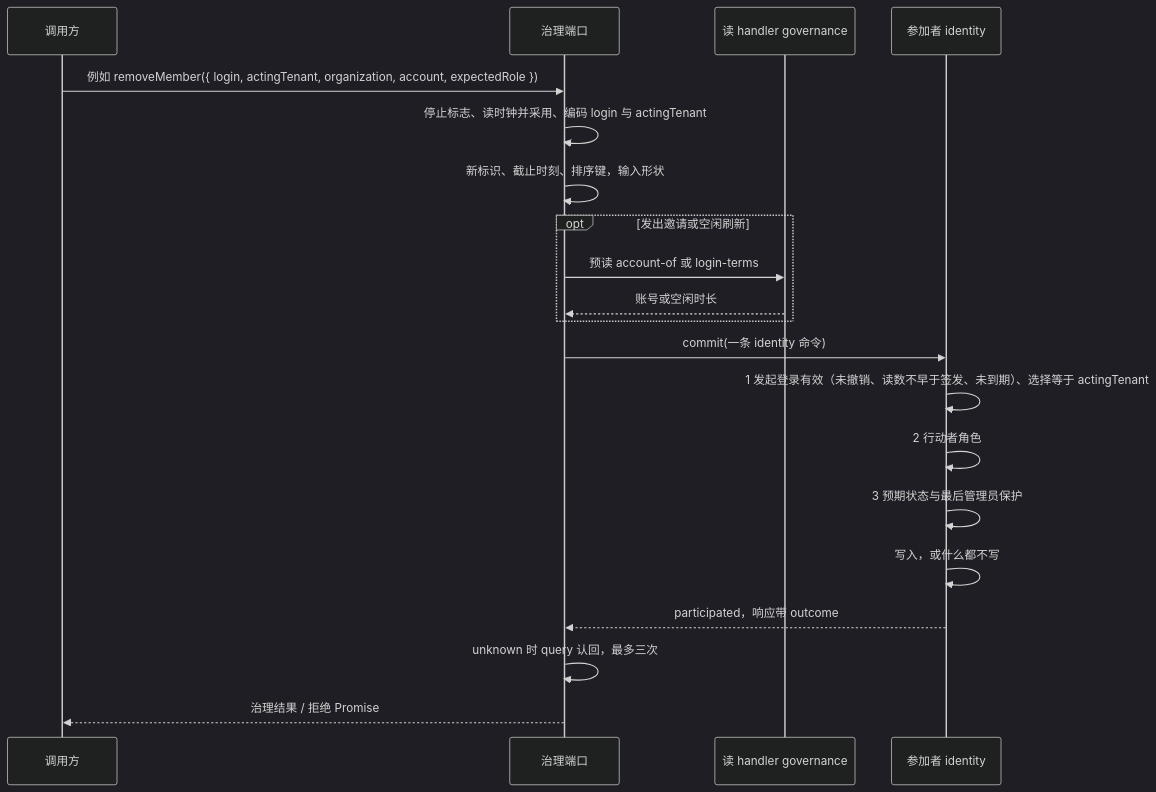
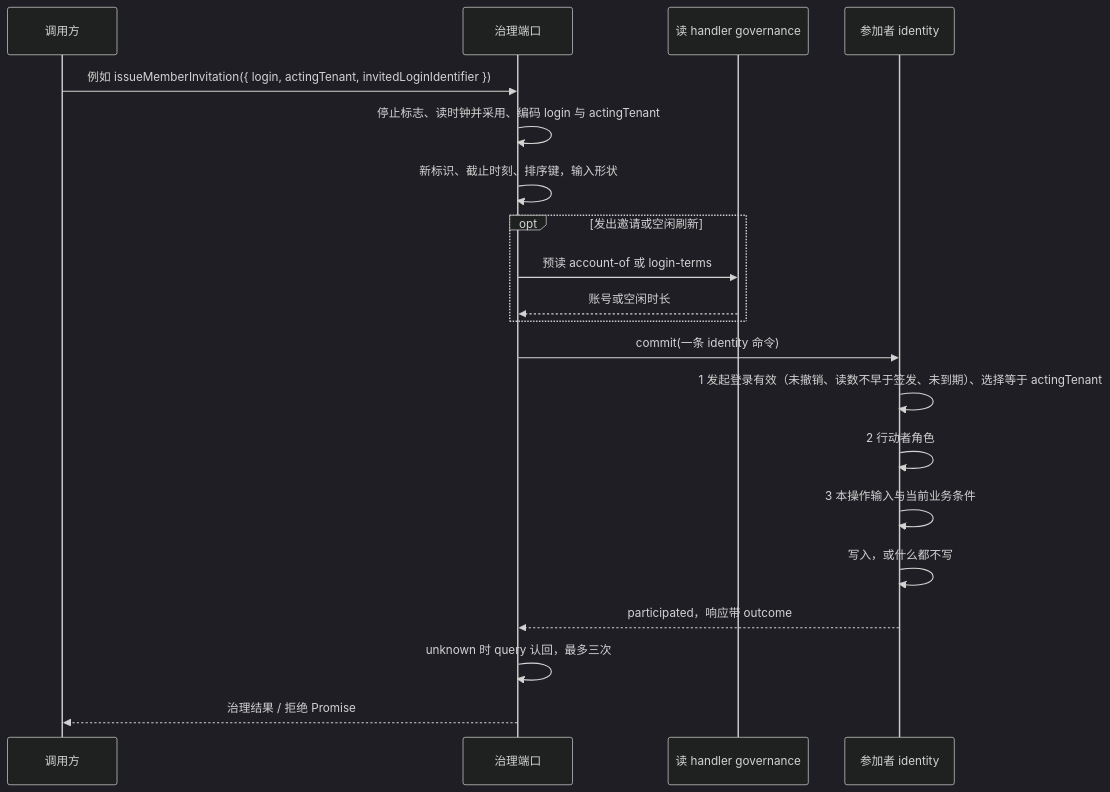
Before and after one commit to nemori-ai/omne-harness-lite: the third of 4 diagrams in packages/identity/identity-sql/docs/flows.md, drawn with Mermaid (dark theme). The commit also changed other lines of this file and 39 other files, not shown here.

````diff
--- a/packages/identity/identity-sql/docs/flows.md
+++ b/packages/identity/identity-sql/docs/flows.md
@@ -73,22 +75,22 @@
 ```mermaid
 sequenceDiagram
   participant C as 调用方
   participant P as 治理端口
   participant R as 读 handler governance
   participant W as 参加者 identity
-  C->>P: 例如 removeMember({ login, actingTenant, organization, account, expectedRole })
+  C->>P: 例如 issueMemberInvitation({ login, actingTenant, invitedLoginIdentifier })
   P->>P: 停止标志、读时钟并采用、编码 login 与 actingTenant
   P->>P: 新标识、截止时刻、排序键，输入形状
   opt 发出邀请或空闲刷新
     P->>R: 预读 account-of 或 login-terms
     R-->>P: 账号或空闲时长
   end
   P->>W: commit(一条 identity 命令)
   W->>W: 1 发起登录有效（未撤销、读数不早于签发、未到期）、选择等于 actingTenant
   W->>W: 2 行动者角色
-  W->>W: 3 预期状态与最后管理员保护
+  W->>W: 3 本操作输入与当前业务条件
   W->>W: 写入，或什么都不写
   W-->>P: participated，响应带 outcome
   P->>P: unknown 时 query 认回，最多三次
   P-->>C: 治理结果 / 拒绝 Promise
 ```
````
